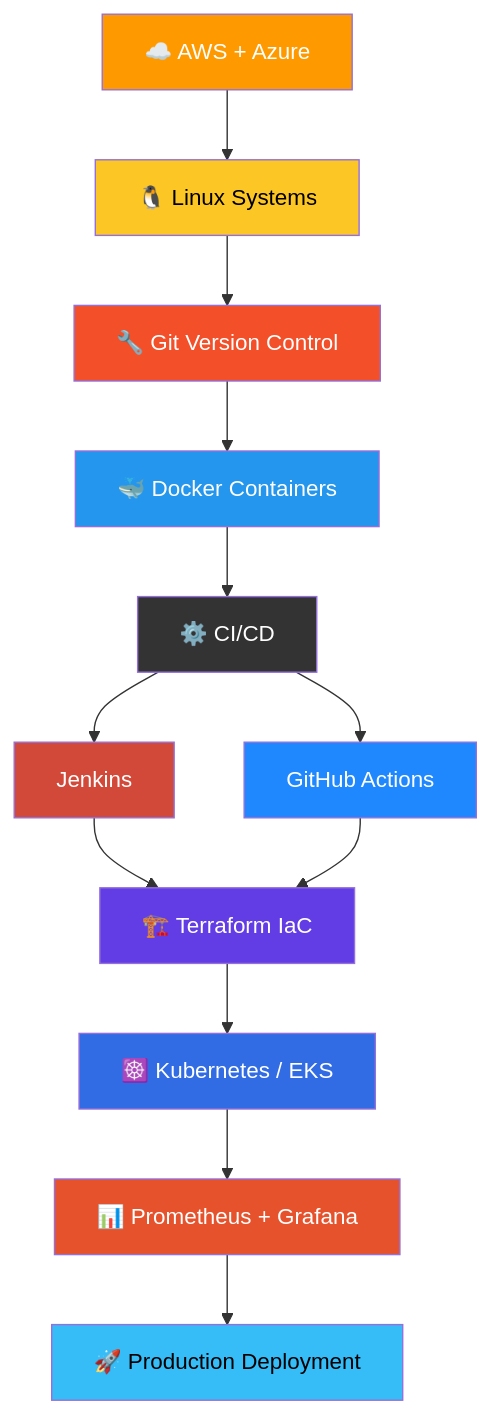
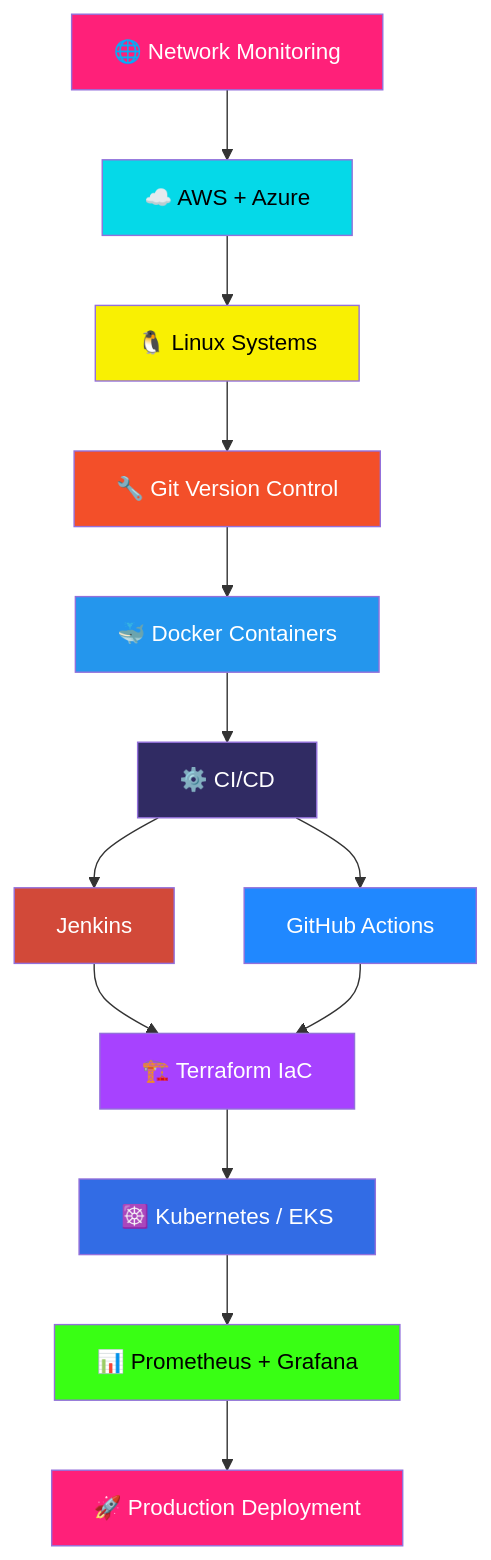
The diagram in README.md (VINAY-TEJA-GURAJAPU/VINAY-TEJA-GURAJAPU), drawn with Mermaid before and after one commit. The commit also changed other lines of this file, not shown here.

````diff
--- a/README.md
+++ b/README.md
@@ -97,26 +107,28 @@
 ```mermaid
 flowchart TD
-    A["☁️ AWS + Azure"] --> B["🐧 Linux Systems"]
-    B --> C["🔧 Git Version Control"]
-    C --> D["🐳 Docker Containers"]
-    D --> E["⚙️ CI/CD"]
-    E --> F["Jenkins"]
-    E --> G["GitHub Actions"]
-    F --> H["🏗️ Terraform IaC"]
-    G --> H
-    H --> I["☸️ Kubernetes / EKS"]
-    I --> J["📊 Prometheus + Grafana"]
-    J --> K["🚀 Production Deployment"]
+    A["🌐 Network Monitoring"] --> B["☁️ AWS + Azure"]
+    B --> C["🐧 Linux Systems"]
+    C --> D["🔧 Git Version Control"]
+    D --> E["🐳 Docker Containers"]
+    E --> F["⚙️ CI/CD"]
+    F --> G["Jenkins"]
+    F --> H["GitHub Actions"]
+    G --> I["🏗️ Terraform IaC"]
+    H --> I
+    I --> J["☸️ Kubernetes / EKS"]
+    J --> K["📊 Prometheus + Grafana"]
+    K --> L["🚀 Production Deployment"]
 
-    style A fill:#ff9900,color:#fff
-    style B fill:#fcc624,color:#000
-    style C fill:#f34f29,color:#fff
-    style D fill:#2496ed,color:#fff
-    style E fill:#333,color:#fff
-    style F fill:#d24939,color:#fff
-    style G fill:#2088ff,color:#fff
-    style H fill:#623ce4,color:#fff
-    style I fill:#326ce5,color:#fff
-    style J fill:#e6522c,color:#fff
-    style K fill:#36BCF7,color:#000
+    style A fill:#FF2079,color:#fff
+    style B fill:#05D9E8,color:#000
+    style C fill:#F9F002,color:#000
+    style D fill:#f34f29,color:#fff
+    style E fill:#2496ed,color:#fff
+    style F fill:#302B63,color:#fff
+    style G fill:#d24939,color:#fff
+    style H fill:#2088ff,color:#fff
+    style I fill:#A742FF,color:#fff
+    style J fill:#326ce5,color:#fff
+    style K fill:#39FF14,color:#000
+    style L fill:#FF2079,color:#fff
 ```
````
